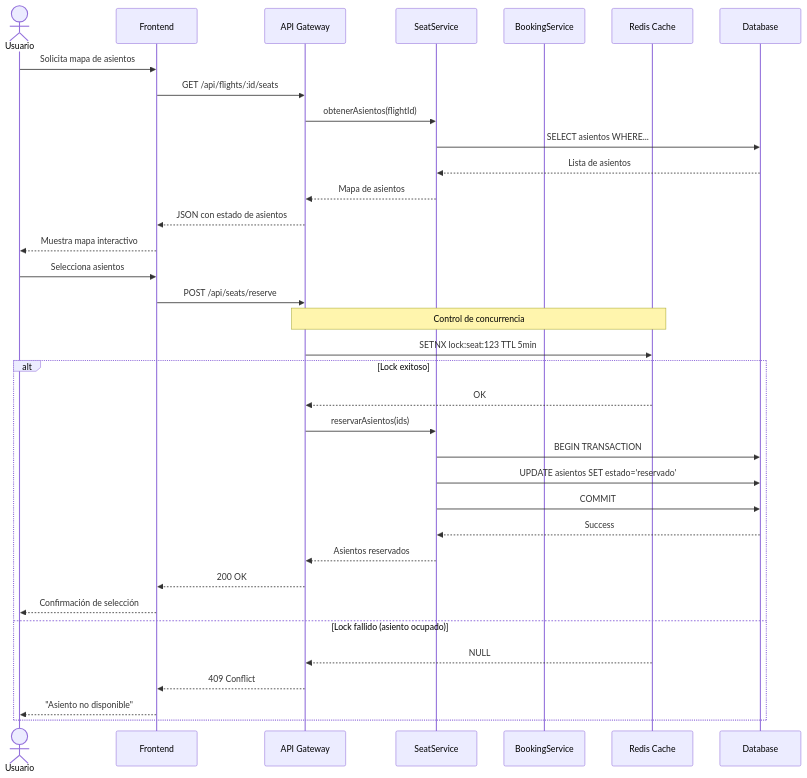
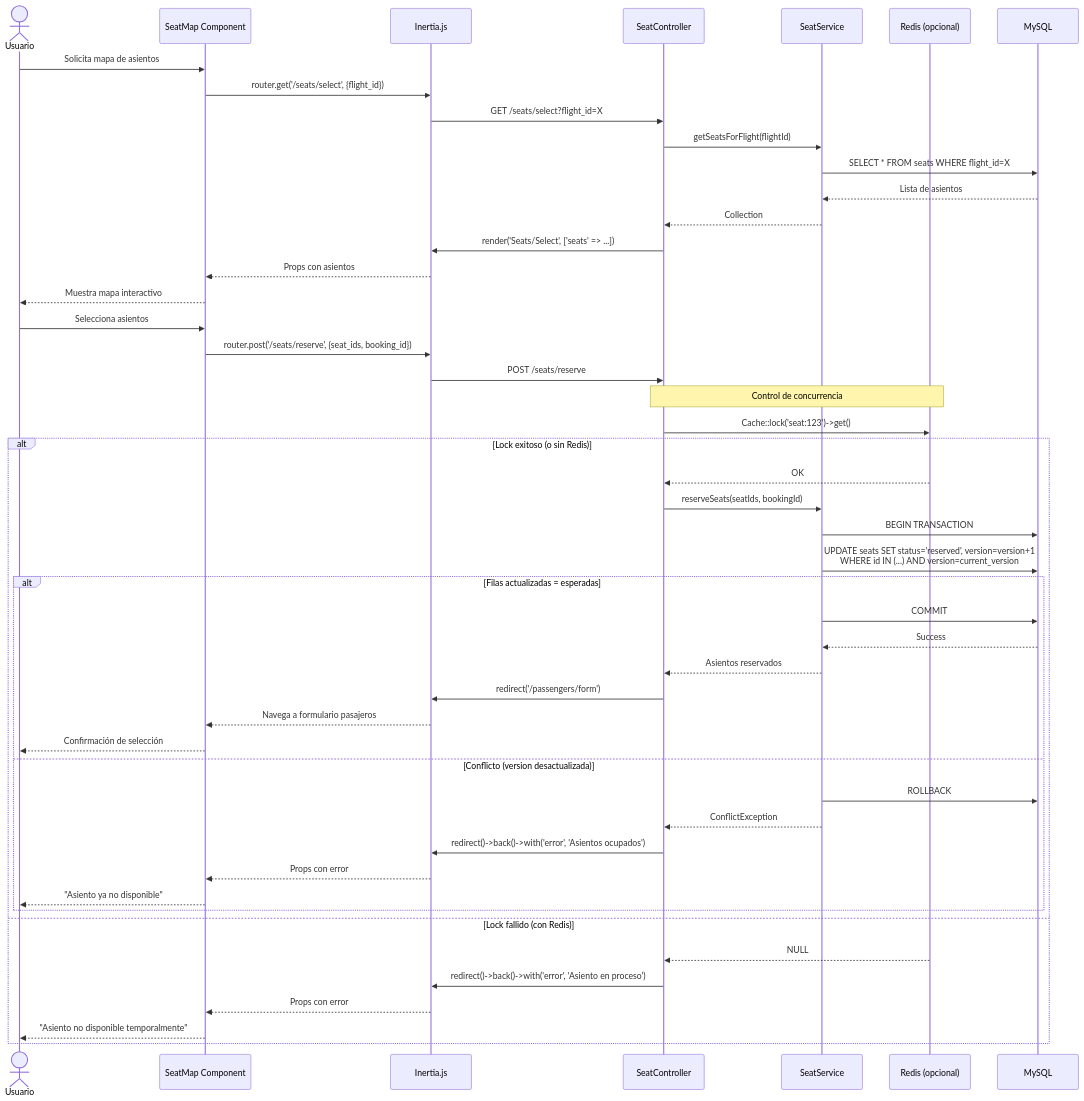
The third of 5 diagrams in doc/arquitectura_diagrama.md (cristoferscalante/sena_soft_2025), drawn with Mermaid before and after one commit. The commit also changed other lines of this file, not shown here.

````diff
--- a/doc/arquitectura_diagrama.md
+++ b/doc/arquitectura_diagrama.md
@@ -199,40 +361,56 @@
 ```mermaid
 sequenceDiagram
     actor User as Usuario
-    participant UI as Frontend
-    participant API as API Gateway
+    participant React as SeatMap Component
+    participant Inertia as Inertia.js
+    participant Laravel as SeatController
     participant SS as SeatService
-    participant BS as BookingService
-    participant Cache as Redis Cache
-    participant DB as Database
+    participant Cache as Redis (opcional)
+    participant DB as MySQL
     
-    User->>UI: Solicita mapa de asientos
-    UI->>API: GET /api/flights/:id/seats
-    API->>SS: obtenerAsientos(flightId)
-    SS->>DB: SELECT asientos WHERE...
+    User->>React: Solicita mapa de asientos
+    React->>Inertia: router.get('/seats/select', {flight_id})
+    Inertia->>Laravel: GET /seats/select?flight_id=X
+    Laravel->>SS: getSeatsForFlight(flightId)
+    SS->>DB: SELECT * FROM seats WHERE flight_id=X
     DB-->>SS: Lista de asientos
-    SS-->>API: Mapa de asientos
-    API-->>UI: JSON con estado de asientos
-    UI-->>User: Muestra mapa interactivo
+    SS-->>Laravel: Collection
+    Laravel->>Inertia: render('Seats/Select', ['seats' => ...])
+    Inertia-->>React: Props con asientos
+    React-->>User: Muestra mapa interactivo
     
-    User->>UI: Selecciona asientos
-    UI->>API: POST /api/seats/reserve
-    Note over API,Cache: Control de concurrencia
-    API->>Cache: SETNX lock:seat:123 TTL 5min
+    User->>React: Selecciona asientos
+    React->>Inertia: router.post('/seats/reserve', {seat_ids, booking_id})
+    Inertia->>Laravel: POST /seats/reserve
     
-    alt Lock exitoso
-        Cache-->>API: OK
-        API->>SS: reservarAsientos(ids)
+    Note over Laravel,Cache: Control de concurrencia
+    Laravel->>Cache: Cache::lock('seat:123')->get()
+    
+    alt Lock exitoso (o sin Redis)
+        Cache-->>Laravel: OK
+        Laravel->>SS: reserveSeats(seatIds, bookingId)
         SS->>DB: BEGIN TRANSACTION
-        SS->>DB: UPDATE asientos SET estado='reservado'
-        SS->>DB: COMMIT
-        DB-->>SS: Success
-        SS-->>API: Asientos reservados
-        API-->>UI: 200 OK
-        UI-->>User: Confirmación de selección
-    else Lock fallido (asiento ocupado)
-        Cache-->>API: NULL
-        API-->>UI: 409 Conflict
-        UI-->>User: "Asiento no disponible"
+        SS->>DB: UPDATE seats SET status='reserved', version=version+1<br/>WHERE id IN (...) AND version=current_version
+        
+        alt Filas actualizadas = esperadas
+            SS->>DB: COMMIT
+            DB-->>SS: Success
+            SS-->>Laravel: Asientos reservados
+            Laravel->>Inertia: redirect('/passengers/form')
+            Inertia-->>React: Navega a formulario pasajeros
+            React-->>User: Confirmación de selección
+        else Conflicto (version desactualizada)
+            SS->>DB: ROLLBACK
+            SS-->>Laravel: ConflictException
+            Laravel->>Inertia: redirect()->back()->with('error', 'Asientos ocupados')
+            Inertia-->>React: Props con error
+            React-->>User: "Asiento ya no disponible"
+        end
+        
+    else Lock fallido (con Redis)
+        Cache-->>Laravel: NULL
+        Laravel->>Inertia: redirect()->back()->with('error', 'Asiento en proceso')
+        Inertia-->>React: Props con error
+        React-->>User: "Asiento no disponible temporalmente"
     end
 ```
````
